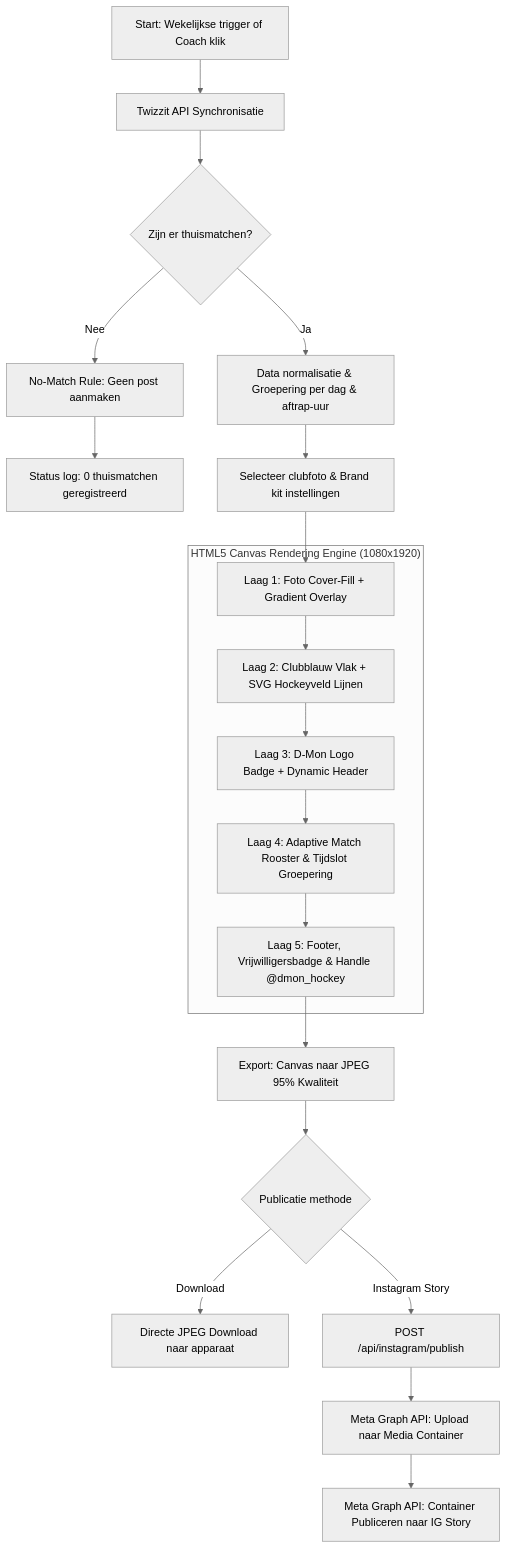
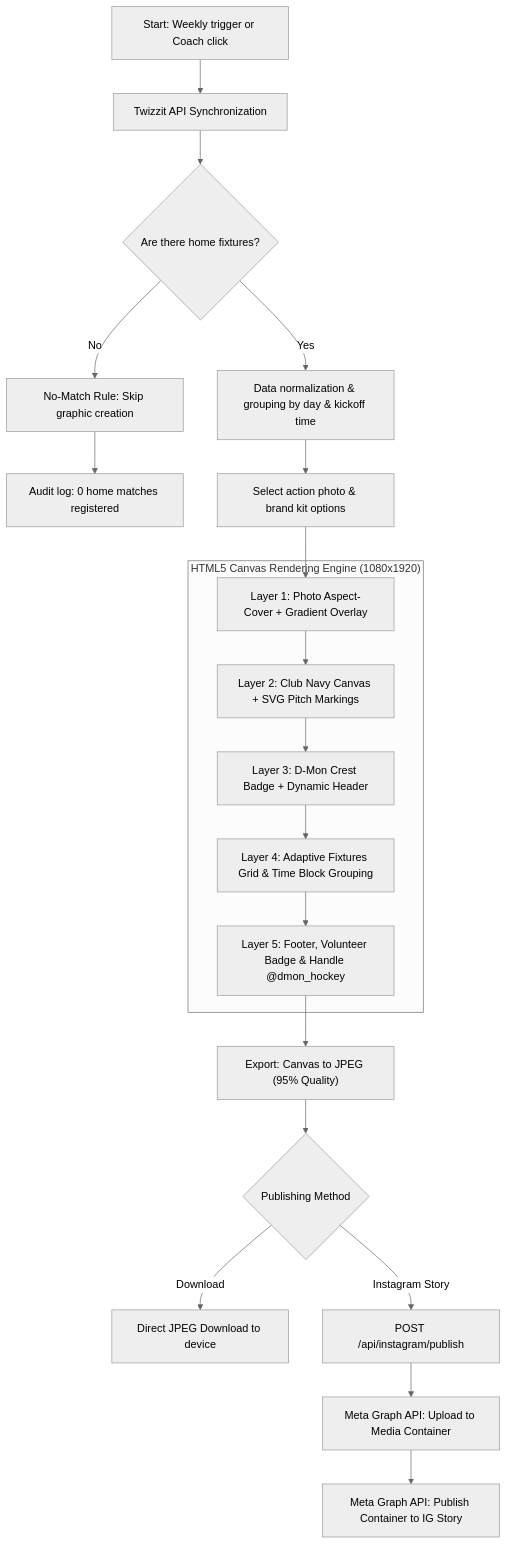
The first of 2 diagrams in README.md (bavobbr/dmon-insta-matches), drawn with Mermaid (neutral theme) before and after one commit. The commit also changed other lines of this file and 1 other file, not shown here.

````diff
--- a/README.md
+++ b/README.md
@@ -58,27 +58,27 @@
 ```mermaid
 flowchart TD
-    A["Start: Wekelijkse trigger of Coach klik"] --> B["Twizzit API Synchronisatie"]
-    B --> C{"Zijn er thuismatchen?"}
+    A["Start: Weekly trigger or Coach click"] --> B["Twizzit API Synchronization"]
+    B --> C{"Are there home fixtures?"}
     
-    C -- Nee --> D["No-Match Rule: Geen post aanmaken"]
-    D --> E["Status log: 0 thuismatchen geregistreerd"]
+    C -- No --> D["No-Match Rule: Skip graphic creation"]
+    D --> E["Audit log: 0 home matches registered"]
     
-    C -- Ja --> F["Data normalisatie & Groepering per dag & aftrap-uur"]
-    F --> G["Selecteer clubfoto & Brand kit instellingen"]
+    C -- Yes --> F["Data normalization & grouping by day & kickoff time"]
+    F --> G["Select action photo & brand kit options"]
     
     subgraph HTML5_Canvas_Engine ["HTML5 Canvas Rendering Engine (1080x1920)"]
-        H["Laag 1: Foto Cover-Fill + Gradient Overlay"] --> I["Laag 2: Clubblauw Vlak + SVG Hockeyveld Lijnen"]
-        I --> J["Laag 3: D-Mon Logo Badge + Dynamic Header"]
-        J --> K["Laag 4: Adaptive Match Rooster & Tijdslot Groepering"]
-        K --> L["Laag 5: Footer, Vrijwilligersbadge & Handle @dmon_hockey"]
+        H["Layer 1: Photo Aspect-Cover + Gradient Overlay"] --> I["Layer 2: Club Navy Canvas + SVG Pitch Markings"]
+        I --> J["Layer 3: D-Mon Crest Badge + Dynamic Header"]
+        J --> K["Layer 4: Adaptive Fixtures Grid & Time Block Grouping"]
+        K --> L["Layer 5: Footer, Volunteer Badge & Handle @dmon_hockey"]
     end
     
     G --> H
-    L --> M["Export: Canvas naar JPEG 95% Kwaliteit"]
+    L --> M["Export: Canvas to JPEG (95% Quality)"]
     
-    M --> N{"Publicatie methode"}
-    N -- Download --> O["Directe JPEG Download naar apparaat"]
+    M --> N{"Publishing Method"}
+    N -- Download --> O["Direct JPEG Download to device"]
     N -- Instagram Story --> P["POST /api/instagram/publish"]
-    P --> Q["Meta Graph API: Upload naar Media Container"]
-    Q --> R["Meta Graph API: Container Publiceren naar IG Story"]
+    P --> Q["Meta Graph API: Upload to Media Container"]
+    Q --> R["Meta Graph API: Publish Container to IG Story"]
 ```
````
